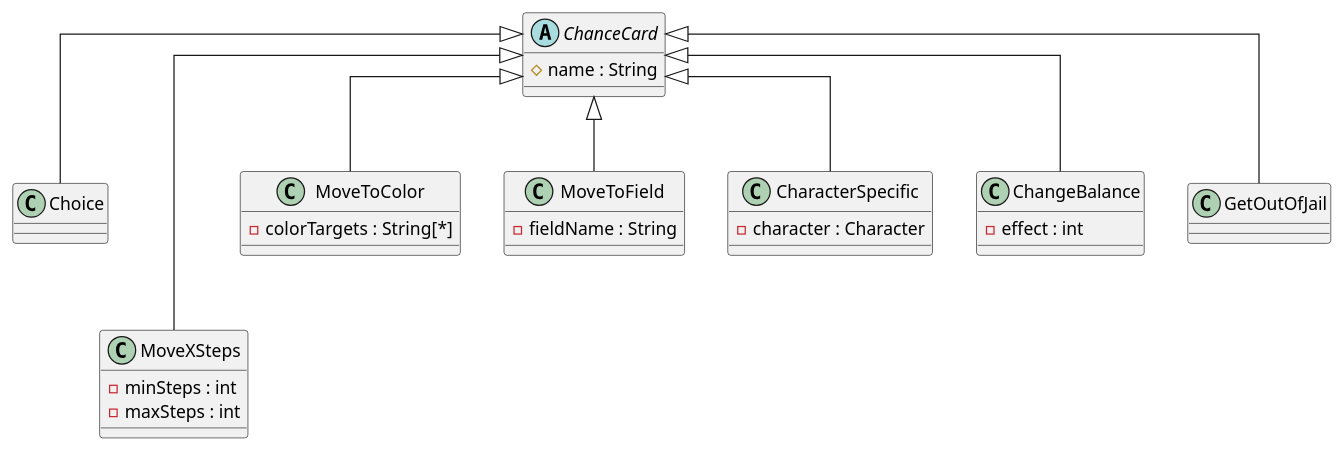
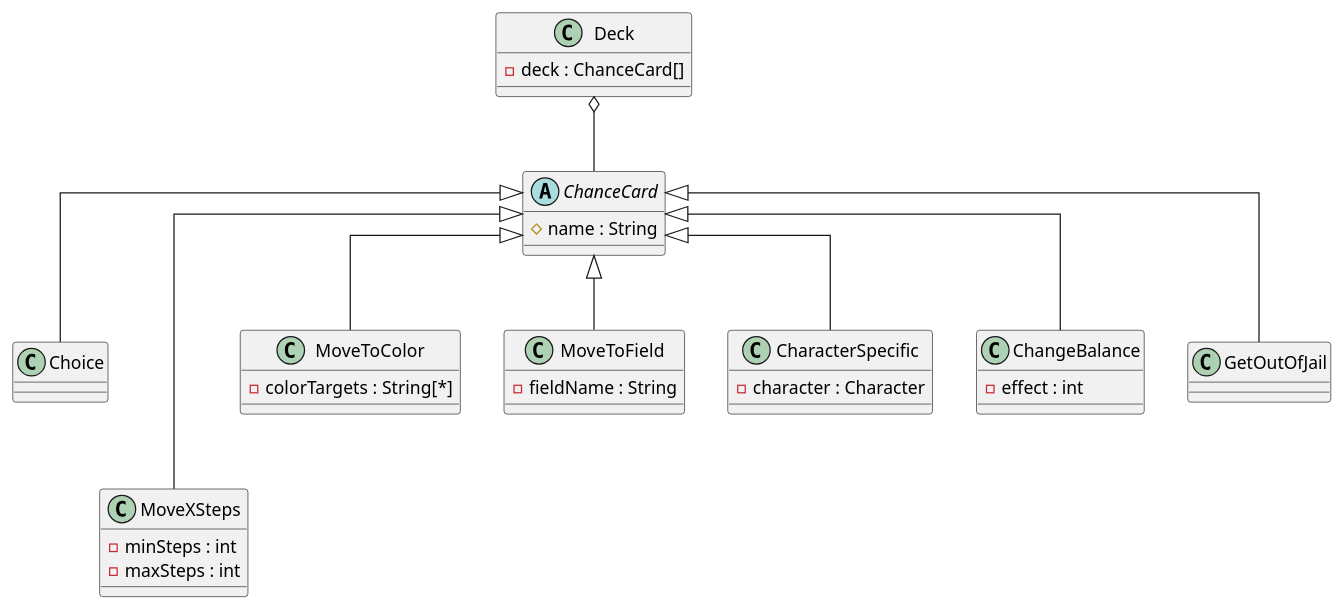
One commit to Gruppe-10-DTU/CDIO-FINAL changed the diagram in src/main/resources/ChanceCardPackage.puml. Above: the diagram before and after it, drawn with PlantUML. The commit also changed 1 other file, not shown here.

Commit message:
added Deck to ChanceCardPackage

```diff
--- a/src/main/resources/ChanceCardPackage.puml
+++ b/src/main/resources/ChanceCardPackage.puml
@@ -1,45 +1,51 @@
 @startuml
 'https://plantuml.com/class-diagram
 skinparam linetype ortho
+
+class Deck{
+ - deck : ChanceCard[]
+}
 
 abstract ChanceCard{
  # name : String
 }
 
 class Choice {
 
 }
 
 class MoveXSteps {
  - minSteps : int
  - maxSteps : int
 }
 class MoveToColor {
  - colorTargets : String[*]
 }
 
 class MoveToField {
  - fieldName : String
 }
 
 class CharacterSpecific {
  - character : Character
 }
 
 class ChangeBalance {
  - effect : int
 }
 
 class GetOutOfJail {
 
 }
 
+Deck o-- ChanceCard
+
 ChanceCard <|-- Choice
 ChanceCard <|--- MoveXSteps
 ChanceCard <|-- MoveToColor
 ChanceCard <|-- MoveToField
 ChanceCard <|-- CharacterSpecific
 ChanceCard <|-- ChangeBalance
 ChanceCard <|-- GetOutOfJail
 
 @enduml
```
